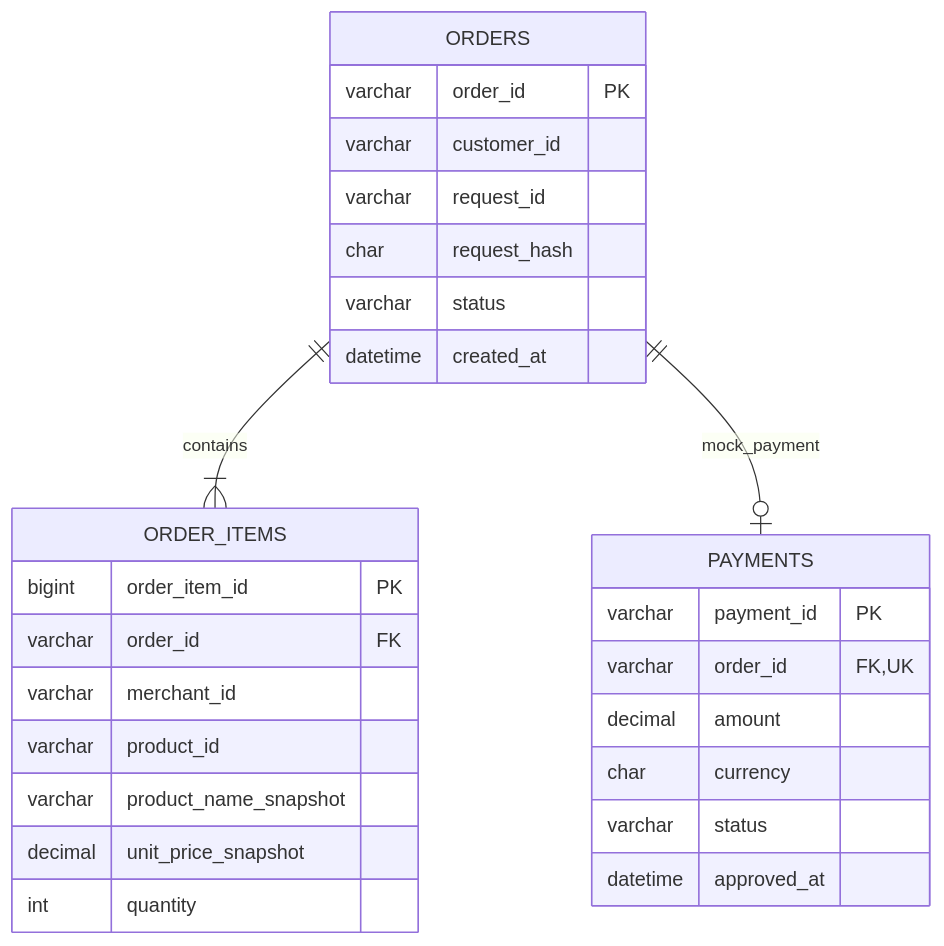
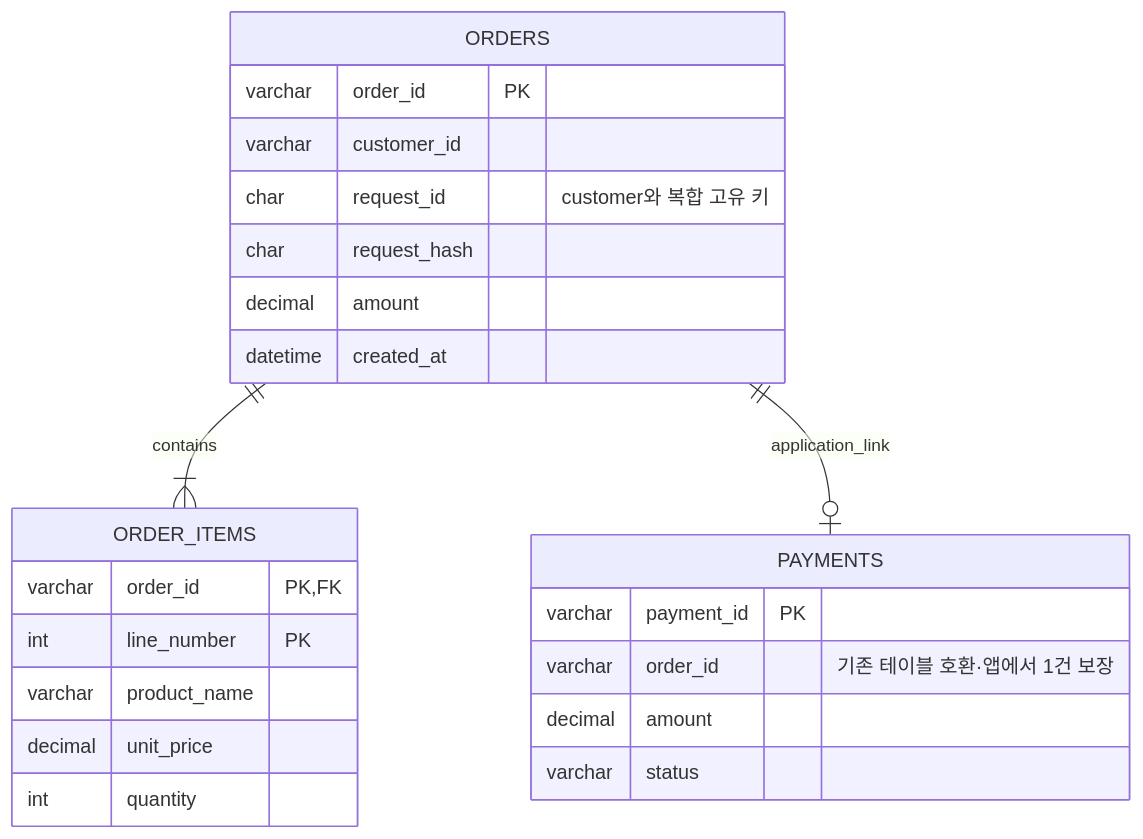
The second of 2 diagrams in docs/IMPLEMENTATION-REPORT.md (wevolmina/ENG_agency), drawn with Mermaid before and after one commit. The commit also changed other lines of this file and 3 other files, not shown here.

Commit message:
Publish verified deployment and payment flow report

````diff
--- a/docs/IMPLEMENTATION-REPORT.md
+++ b/docs/IMPLEMENTATION-REPORT.md
@@ -95,30 +49,26 @@
 ```mermaid
 erDiagram
-  ORDERS ||--|{ ORDER_ITEMS : contains
-  ORDERS ||--o| PAYMENTS : mock_payment
-  ORDERS {
-    varchar order_id PK
-    varchar customer_id
-    varchar request_id
-    char request_hash
-    varchar status
-    datetime created_at
-  }
-  ORDER_ITEMS {
-    bigint order_item_id PK
-    varchar order_id FK
-    varchar merchant_id
-    varchar product_id
-    varchar product_name_snapshot
-    decimal unit_price_snapshot
-    int quantity
-  }
-  PAYMENTS {
-    varchar payment_id PK
-    varchar order_id FK,UK
-    decimal amount
-    char currency
-    varchar status
-    datetime approved_at
-  }
+ ORDERS ||--|{ ORDER_ITEMS : contains
+ ORDERS ||--o| PAYMENTS : application_link
+ ORDERS {
+  varchar order_id PK
+  varchar customer_id
+  char request_id "customer와 복합 고유 키"
+  char request_hash
+  decimal amount
+  datetime created_at
+ }
+ ORDER_ITEMS {
+  varchar order_id PK,FK
+  int line_number PK
+  varchar product_name
+  decimal unit_price
+  int quantity
+ }
+ PAYMENTS {
+  varchar payment_id PK
+  varchar order_id "기존 테이블 호환·앱에서 1건 보장"
+  decimal amount
+  varchar status
+ }
 ```
````
